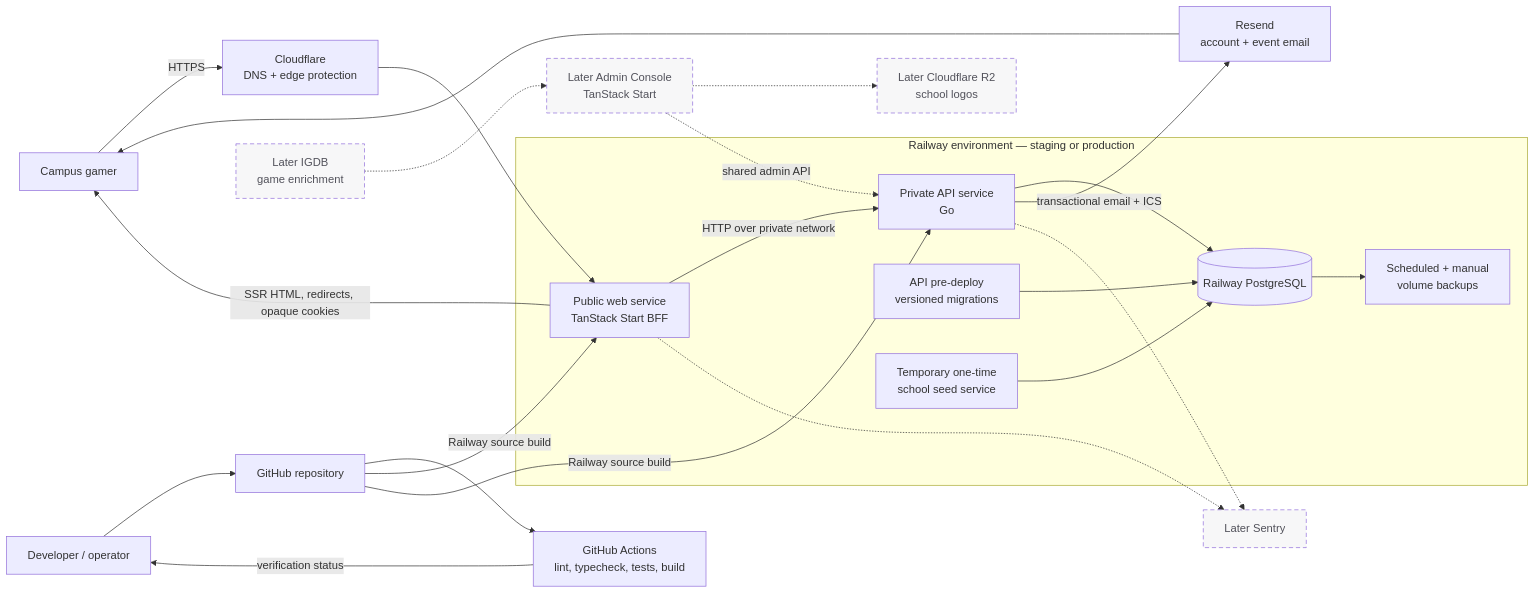
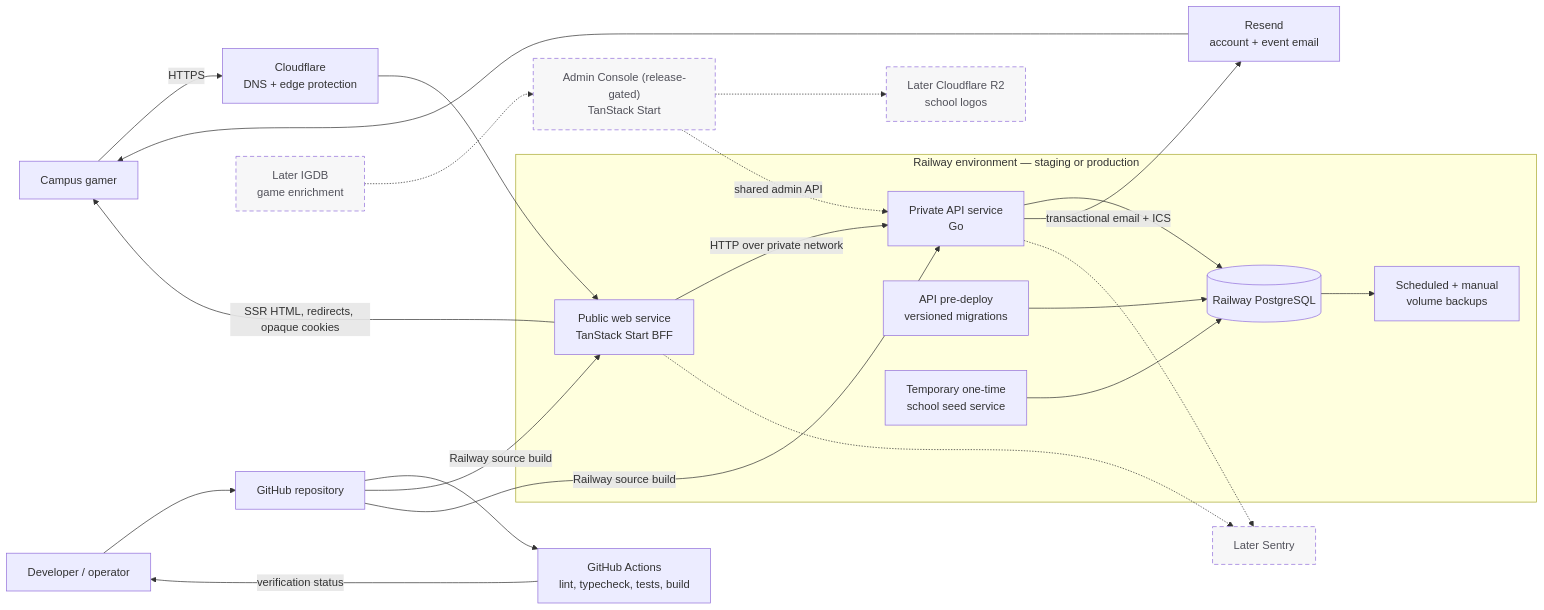
The third of 3 diagrams in docs/14-architecture-diagrams.md (Campus-Gaming-Network/core), drawn with Mermaid before and after one commit. The commit also changed 18 other files, not shown here.

````diff
--- a/docs/14-architecture-diagrams.md
+++ b/docs/14-architecture-diagrams.md
@@ -140,48 +140,48 @@
 ```mermaid
 flowchart LR
     User["Campus gamer"]
     Operator["Developer / operator"]
     GitHub["GitHub repository"]
     CI["GitHub Actions<br/>lint, typecheck, tests, build"]
     Cloudflare["Cloudflare<br/>DNS + edge protection"]
     Resend["Resend<br/>account + event email"]
 
     subgraph Railway["Railway environment — staging or production"]
         Web["Public web service<br/>TanStack Start BFF"]
         API["Private API service<br/>Go"]
         Migrations["API pre-deploy<br/>versioned migrations"]
         Seed["Temporary one-time<br/>school seed service"]
         Database[("Railway PostgreSQL")]
         Backups["Scheduled + manual<br/>volume backups"]
 
         Web -->|"HTTP over private network"| API
         API --> Database
         Migrations --> Database
         Seed --> Database
         Database --> Backups
     end
 
-    Admin["Later Admin Console<br/>TanStack Start"]
+    Admin["Admin Console (release-gated)<br/>TanStack Start"]
     R2["Later Cloudflare R2<br/>school logos"]
     IGDB["Later IGDB<br/>game enrichment"]
     Sentry["Later Sentry"]
 
     User -->|"HTTPS"| Cloudflare --> Web
     Web -->|"SSR HTML, redirects, opaque cookies"| User
     API -->|"transactional email + ICS"| Resend --> User
 
     Operator --> GitHub
     GitHub --> CI
     CI -->|"verification status"| Operator
     GitHub -->|"Railway source build"| Web
     GitHub -->|"Railway source build"| API
 
     Admin -.->|"shared admin API"| API
     Admin -.-> R2
     IGDB -.-> Admin
     Web -.-> Sentry
     API -.-> Sentry
 
     classDef deferred stroke-dasharray: 6 4,fill:#f7f7f8,color:#52525b;
     class Admin,R2,IGDB,Sentry deferred;
 ```
````
